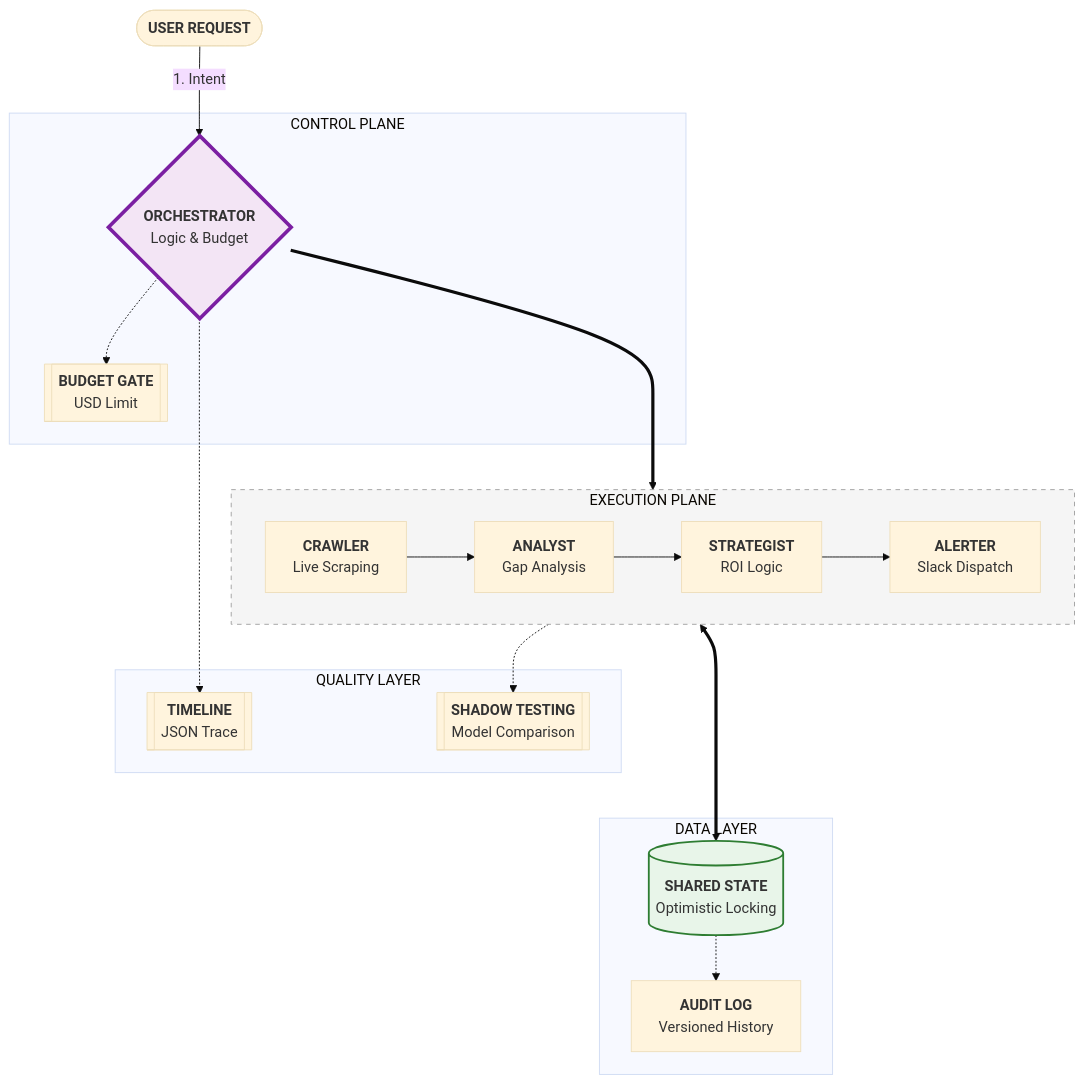
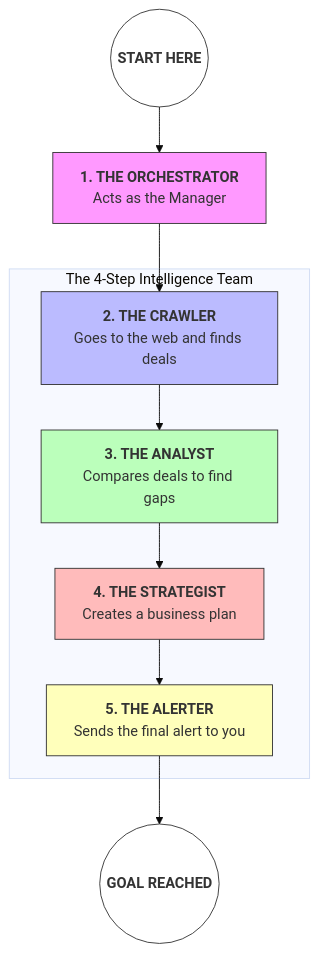
One commit to faisalhasan00/Grabon2project6ths changed the diagram in README.md. Above: the diagram before and after it, drawn with Mermaid (base theme). The commit also changed other lines of this file, not shown here.

Commit message:
docs: Replaced complex architecture with a simple high-level team workflow for 100% clarity.

````diff
--- a/README.md
+++ b/README.md
@@ -26,44 +26,27 @@
 ```mermaid
 graph TD
-    %% Input Layer
-    User([<b>USER REQUEST</b>]) -- "1. Intent" --> Orch
+    User((<b>START HERE</b>)) --> Brain[<b>1. THE ORCHESTRATOR</b><br/>Acts as the Manager]
+    
+    subgraph "The 4-Step Intelligence Team"
+        C[<b>2. THE CRAWLER</b><br/>Goes to the web and finds deals]
+        A[<b>3. THE ANALYST</b><br/>Compares deals to find gaps]
+        S[<b>4. THE STRATEGIST</b><br/>Creates a business plan]
+        Alt[<b>5. THE ALERTER</b><br/>Sends the final alert to you]
+    end
+    
+    Brain --> C
+    C --> A
+    A --> S
+    S --> Alt
+    
+    Alt --> Success((<b>GOAL REACHED</b>))
 
-    %% Control Plane
-    subgraph Control_Plane [CONTROL PLANE]
-        Orch{<b>ORCHESTRATOR</b><br/>Logic & Budget}
-        Budget[[<b>BUDGET GATE</b><br/>USD Limit]]
-        Orch -.-> Budget
-    end
-
-    %% Execution Plane
-    subgraph Execution_Plane [EXECUTION PLANE]
-        direction LR
-        C[<b>CRAWLER</b><br/>Live Scraping] --> A[<b>ANALYST</b><br/>Gap Analysis]
-        A --> S[<b>STRATEGIST</b><br/>ROI Logic]
-        S --> Alt[<b>ALERTER</b><br/>Slack Dispatch]
-    end
-
-    %% Data Layer
-    subgraph Data_Layer [DATA LAYER]
-        DB[(<b>SHARED STATE</b><br/>Optimistic Locking)]
-        Audit[<b>AUDIT LOG</b><br/>Versioned History]
-    end
-
-    %% Quality Layer
-    subgraph Quality_Layer [QUALITY LAYER]
-        Shadow[[<b>SHADOW TESTING</b><br/>Model Comparison]]
-        Timeline[[<b>TIMELINE</b><br/>JSON Trace]]
-    end
-
-    %% Connections
-    Orch ===> Execution_Plane
-    Execution_Plane <===> DB
-    DB -.-> Audit
-    A -.-> Shadow
-    Orch -.-> Timeline
-
-    %% Styling
-    style Orch fill:#f3e5f5,stroke:#7b1fa2,stroke-width:4px
-    style DB fill:#e8f5e9,stroke:#2e7d32,stroke-width:2px
-    style Execution_Plane fill:#f5f5f5,stroke:#9e9e9e,stroke-dasharray: 5 5
+    %% Simple, friendly colors
+    style User fill:#fff,stroke:#333
+    style Brain fill:#f9f,stroke:#333
+    style C fill:#bbf,stroke:#333
+    style A fill:#bfb,stroke:#333
+    style S fill:#fbb,stroke:#333
+    style Alt fill:#ffb,stroke:#333
+    style Success fill:#fff,stroke:#333
 ```
````
